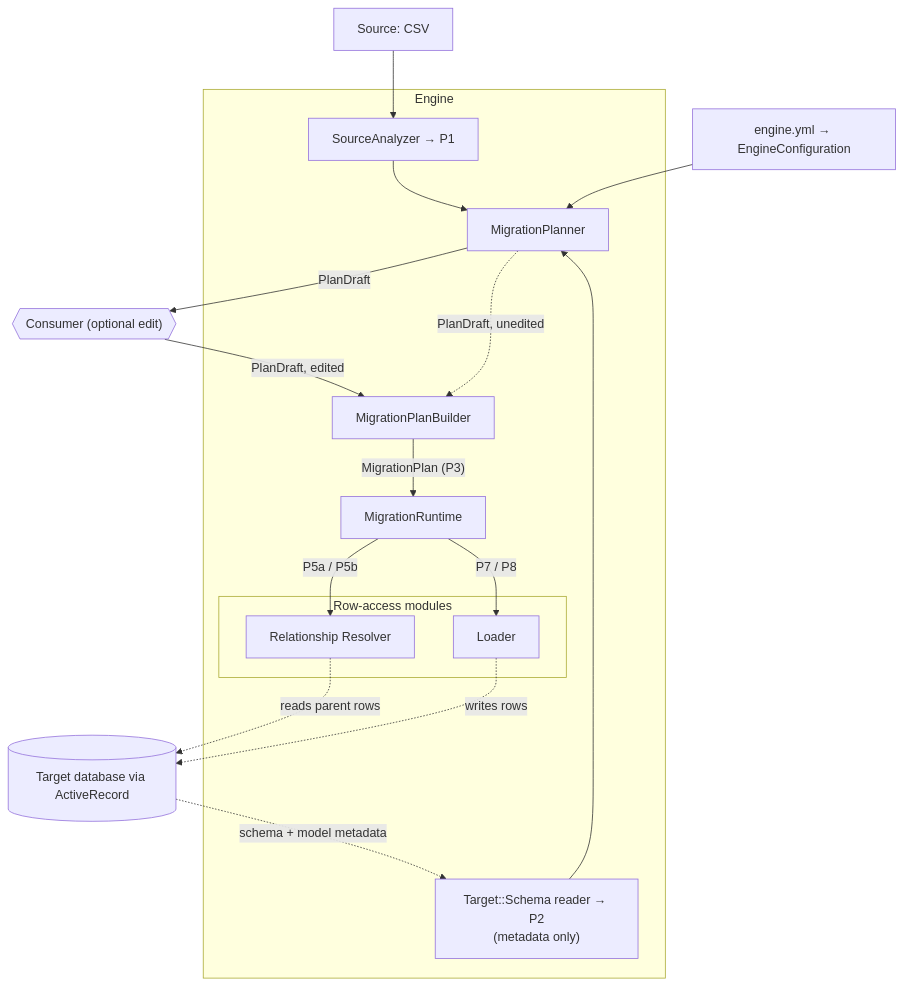
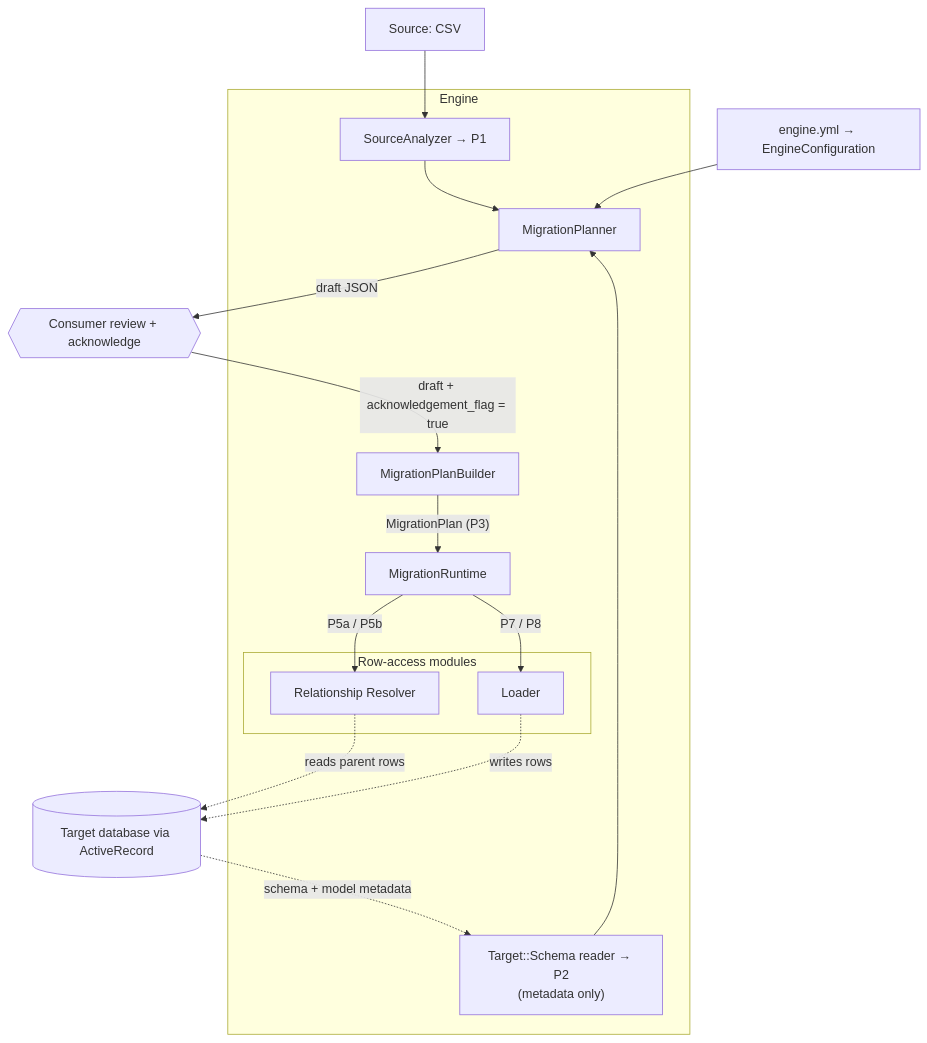
The first of 2 diagrams in docs/architecture/overview.md (venkydev02/Pipeforge), drawn with Mermaid before and after one commit. The commit also changed other lines of this file and 5 other files, not shown here.

````diff
--- a/docs/architecture/overview.md
+++ b/docs/architecture/overview.md
@@ -63,32 +63,31 @@
 ```mermaid
 flowchart TD
     Source[Source: CSV]
     DB[(Target database via ActiveRecord)]
     Config[engine.yml → EngineConfiguration]
 
     subgraph Engine["Engine"]
         Analyzer[SourceAnalyzer → P1]
         Schema["Target::Schema reader → P2<br/>(metadata only)"]
         Planner[MigrationPlanner]
         Builder[MigrationPlanBuilder]
         Runtime[MigrationRuntime]
         subgraph Rows["Row-access modules"]
             Resolver[Relationship Resolver]
             Loader[Loader]
         end
     end
 
-    Consumer{{"Consumer (optional edit)"}}
+    Consumer{{"Consumer review + acknowledge"}}
 
     Source --> Analyzer --> Planner
     DB -. "schema + model metadata" .-> Schema --> Planner
     Config --> Planner
-    Planner -->|PlanDraft| Consumer
-    Planner -.->|"PlanDraft, unedited"| Builder
-    Consumer -->|"PlanDraft, edited"| Builder
+    Planner -->|"draft JSON"| Consumer
+    Consumer -->|"draft + acknowledgement_flag = true"| Builder
     Builder -->|"MigrationPlan (P3)"| Runtime
     Runtime -->|"P5a / P5b"| Resolver
     Runtime -->|"P7 / P8"| Loader
     Resolver -. reads parent rows .-> DB
     Loader -. writes rows .-> DB
 ```
````
